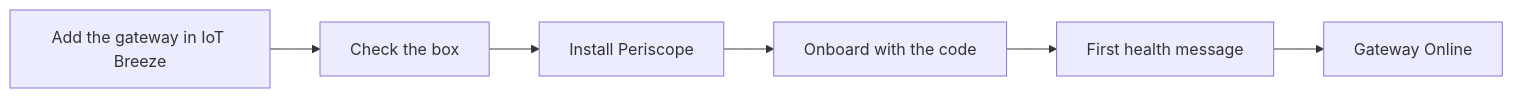
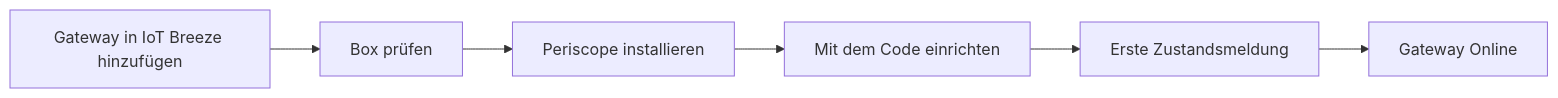
Before and after one commit to nimbit-platform/nimbit-docs: the diagram in i18n/de/docusaurus-plugin-content-docs/current/gateways/periscope/deploy/index.mdx, drawn with Mermaid. The commit also changed other lines of this file and 28 other files, not shown here.

````diff
--- a/i18n/de/docusaurus-plugin-content-docs/current/gateways/periscope/deploy/index.mdx
+++ b/i18n/de/docusaurus-plugin-content-docs/current/gateways/periscope/deploy/index.mdx
@@ -13,8 +13,8 @@
 ```mermaid
 flowchart LR
-  A[Add the gateway in IoT Breeze] --> B[Check the box]
-  B --> C[Install Periscope]
-  C --> D[Onboard with the code]
-  D --> E[First health message]
+  A[Gateway in IoT Breeze hinzufügen] --> B[Box prüfen]
+  B --> C[Periscope installieren]
+  C --> D[Mit dem Code einrichten]
+  D --> E[Erste Zustandsmeldung]
   E --> F[Gateway Online]
 ```
````
